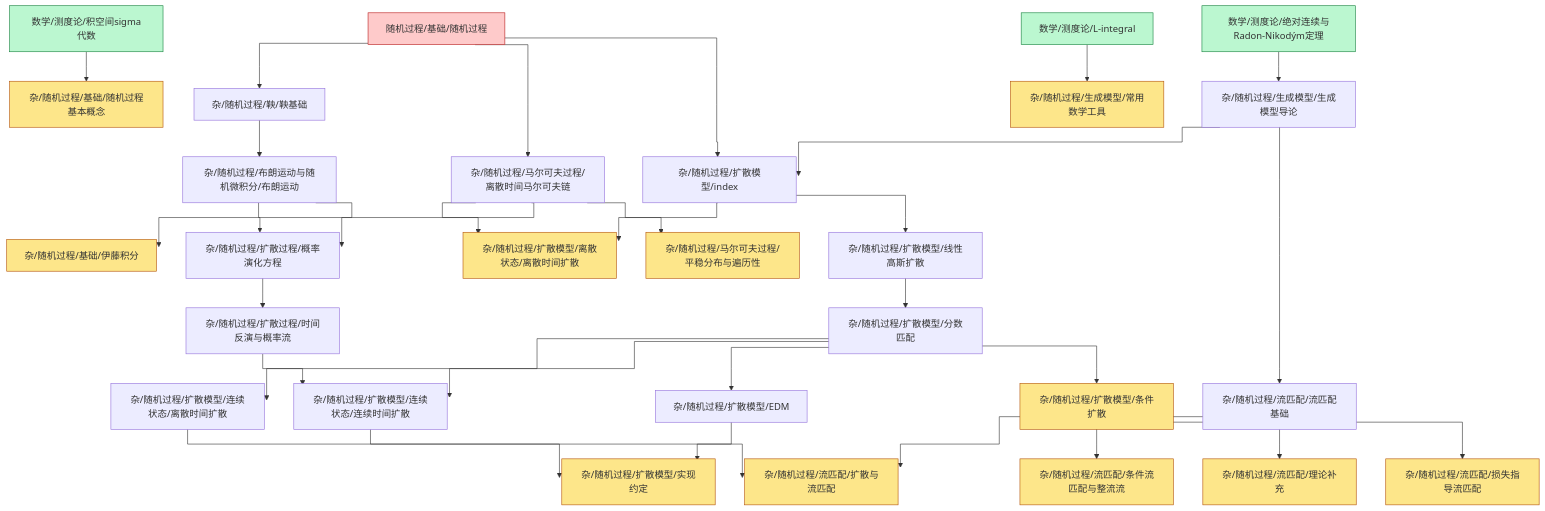
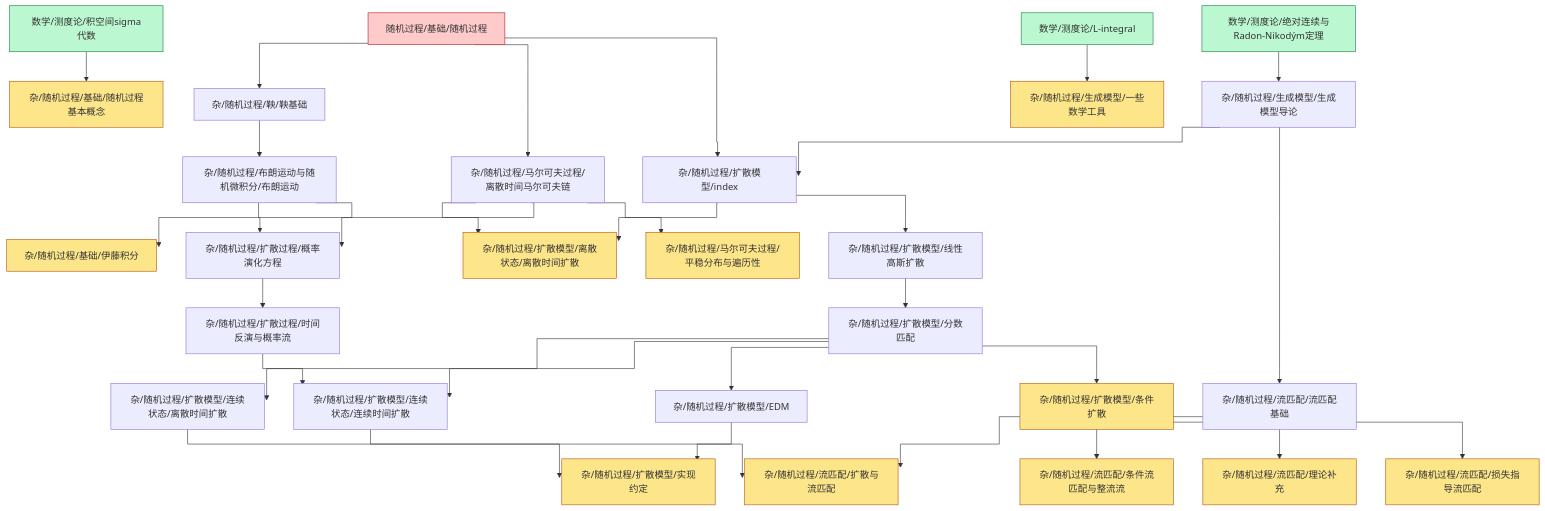
One commit to zeroDtree/zeroDtree.github.io changed the diagram in content/杂/随机过程/dependency_graph.md. Above: the diagram before and after it, drawn with Mermaid. The commit also changed 13 other files, not shown here.

First line of the commit message:
Add new content on Normalizing Flows and Random Estimation

````diff
--- a/content/杂/随机过程/dependency_graph.md
+++ b/content/杂/随机过程/dependency_graph.md
@@ -1,68 +1,68 @@
 ```mermaid
 %%{init: {'flowchart': {'curve': 'stepAfter'}}}%%
 graph TD
 1["杂/随机过程/流匹配/流匹配基础"] --> 0["杂/随机过程/流匹配/损失指导流匹配"]
 1["杂/随机过程/流匹配/流匹配基础"] --> 2["杂/随机过程/流匹配/理论补充"]
 1["杂/随机过程/流匹配/流匹配基础"] --> 3["杂/随机过程/流匹配/条件流匹配与整流流"]
 4["杂/随机过程/生成模型/生成模型导论"] --> 1["杂/随机过程/流匹配/流匹配基础"]
 6["杂/随机过程/扩散模型/连续状态/连续时间扩散"] --> 5["杂/随机过程/流匹配/扩散与流匹配"]
 1["杂/随机过程/流匹配/流匹配基础"] --> 5["杂/随机过程/流匹配/扩散与流匹配"]
 8["杂/随机过程/扩散模型/连续状态/离散时间扩散"] --> 7["杂/随机过程/扩散模型/实现约定"]
 9["杂/随机过程/扩散模型/EDM"] --> 7["杂/随机过程/扩散模型/实现约定"]
 11["杂/随机过程/扩散模型/index"] --> 10["杂/随机过程/扩散模型/线性高斯扩散"]
 13["杂/随机过程/扩散模型/分数匹配"] --> 12["杂/随机过程/扩散模型/条件扩散"]
 10["杂/随机过程/扩散模型/线性高斯扩散"] --> 13["杂/随机过程/扩散模型/分数匹配"]
 14["随机过程/基础/随机过程"] --> 11["杂/随机过程/扩散模型/index"]
 4["杂/随机过程/生成模型/生成模型导论"] --> 11["杂/随机过程/扩散模型/index"]
 13["杂/随机过程/扩散模型/分数匹配"] --> 9["杂/随机过程/扩散模型/EDM"]
 14["随机过程/基础/随机过程"] --> 15["杂/随机过程/马尔可夫过程/离散时间马尔可夫链"]
 15["杂/随机过程/马尔可夫过程/离散时间马尔可夫链"] --> 16["杂/随机过程/马尔可夫过程/平稳分布与遍历性"]
 18["数学/测度论/积空间sigma代数"] --> 17["杂/随机过程/基础/随机过程基本概念"]
 20["杂/随机过程/布朗运动与随机微积分/布朗运动"] --> 19["杂/随机过程/基础/伊藤积分"]
 21["杂/随机过程/鞅/鞅基础"] --> 20["杂/随机过程/布朗运动与随机微积分/布朗运动"]
 14["随机过程/基础/随机过程"] --> 21["杂/随机过程/鞅/鞅基础"]
 22["数学/测度论/绝对连续与Radon-Nikodým定理"] --> 4["杂/随机过程/生成模型/生成模型导论"]
-24["数学/测度论/L-integral"] --> 23["杂/随机过程/生成模型/常用数学工具"]
+24["数学/测度论/L-integral"] --> 23["杂/随机过程/生成模型/一些数学工具"]
 15["杂/随机过程/马尔可夫过程/离散时间马尔可夫链"] --> 25["杂/随机过程/扩散过程/概率演化方程"]
 20["杂/随机过程/布朗运动与随机微积分/布朗运动"] --> 25["杂/随机过程/扩散过程/概率演化方程"]
 25["杂/随机过程/扩散过程/概率演化方程"] --> 26["杂/随机过程/扩散过程/时间反演与概率流"]
 13["杂/随机过程/扩散模型/分数匹配"] --> 6["杂/随机过程/扩散模型/连续状态/连续时间扩散"]
 26["杂/随机过程/扩散过程/时间反演与概率流"] --> 6["杂/随机过程/扩散模型/连续状态/连续时间扩散"]
 13["杂/随机过程/扩散模型/分数匹配"] --> 8["杂/随机过程/扩散模型/连续状态/离散时间扩散"]
 11["杂/随机过程/扩散模型/index"] --> 27["杂/随机过程/扩散模型/离散状态/离散时间扩散"]
 15["杂/随机过程/马尔可夫过程/离散时间马尔可夫链"] --> 27["杂/随机过程/扩散模型/离散状态/离散时间扩散"]
 classDef leaf fill:#fde68a,stroke:#b45309
 class 0,2,3,5,7,12,16,17,19,23,27 leaf
 classDef externalRoot fill:#fecaca,stroke:#b91c1c
 class 14 externalRoot
 classDef foundationRoot fill:#bbf7d0,stroke:#15803d
 class 18,22,24 foundationRoot
 click 0 "/杂/随机过程/流匹配/损失指导流匹配" "杂/随机过程/流匹配/损失指导流匹配"
 click 1 "/杂/随机过程/流匹配/流匹配基础" "杂/随机过程/流匹配/流匹配基础"
 click 2 "/杂/随机过程/流匹配/理论补充" "杂/随机过程/流匹配/理论补充"
 click 3 "/杂/随机过程/流匹配/条件流匹配与整流流" "杂/随机过程/流匹配/条件流匹配与整流流"
 click 4 "/杂/随机过程/生成模型/生成模型导论" "杂/随机过程/生成模型/生成模型导论"
 click 5 "/杂/随机过程/流匹配/扩散与流匹配" "杂/随机过程/流匹配/扩散与流匹配"
 click 6 "/杂/随机过程/扩散模型/连续状态/连续时间扩散" "杂/随机过程/扩散模型/连续状态/连续时间扩散"
 click 7 "/杂/随机过程/扩散模型/实现约定" "杂/随机过程/扩散模型/实现约定"
 click 8 "/杂/随机过程/扩散模型/连续状态/离散时间扩散" "杂/随机过程/扩散模型/连续状态/离散时间扩散"
 click 9 "/杂/随机过程/扩散模型/edm" "杂/随机过程/扩散模型/EDM"
 click 10 "/杂/随机过程/扩散模型/线性高斯扩散" "杂/随机过程/扩散模型/线性高斯扩散"
 click 11 "/杂/随机过程/扩散模型/index" "杂/随机过程/扩散模型/index"
 click 12 "/杂/随机过程/扩散模型/条件扩散" "杂/随机过程/扩散模型/条件扩散"
 click 13 "/杂/随机过程/扩散模型/分数匹配" "杂/随机过程/扩散模型/分数匹配"
 click 14 "/随机过程/基础/随机过程" "随机过程/基础/随机过程"
 click 15 "/杂/随机过程/马尔可夫过程/离散时间马尔可夫链" "杂/随机过程/马尔可夫过程/离散时间马尔可夫链"
 click 16 "/杂/随机过程/马尔可夫过程/平稳分布与遍历性" "杂/随机过程/马尔可夫过程/平稳分布与遍历性"
 click 17 "/杂/随机过程/基础/随机过程基本概念" "杂/随机过程/基础/随机过程基本概念"
 click 18 "/数学/测度论/积空间sigma代数" "数学/测度论/积空间sigma代数"
 click 19 "/杂/随机过程/基础/伊藤积分" "杂/随机过程/基础/伊藤积分"
 click 20 "/杂/随机过程/布朗运动与随机微积分/布朗运动" "杂/随机过程/布朗运动与随机微积分/布朗运动"
 click 21 "/杂/随机过程/鞅/鞅基础" "杂/随机过程/鞅/鞅基础"
 click 22 "/数学/测度论/绝对连续与radon-nikodým定理" "数学/测度论/绝对连续与Radon-Nikodým定理"
-click 23 "/杂/随机过程/生成模型/常用数学工具" "杂/随机过程/生成模型/常用数学工具"
+click 23 "/杂/随机过程/生成模型/一些数学工具" "杂/随机过程/生成模型/一些数学工具"
 click 24 "/数学/测度论/l-integral" "数学/测度论/L-integral"
 click 25 "/杂/随机过程/扩散过程/概率演化方程" "杂/随机过程/扩散过程/概率演化方程"
 click 26 "/杂/随机过程/扩散过程/时间反演与概率流" "杂/随机过程/扩散过程/时间反演与概率流"
 click 27 "/杂/随机过程/扩散模型/离散状态/离散时间扩散" "杂/随机过程/扩散模型/离散状态/离散时间扩散"
 ```
````
